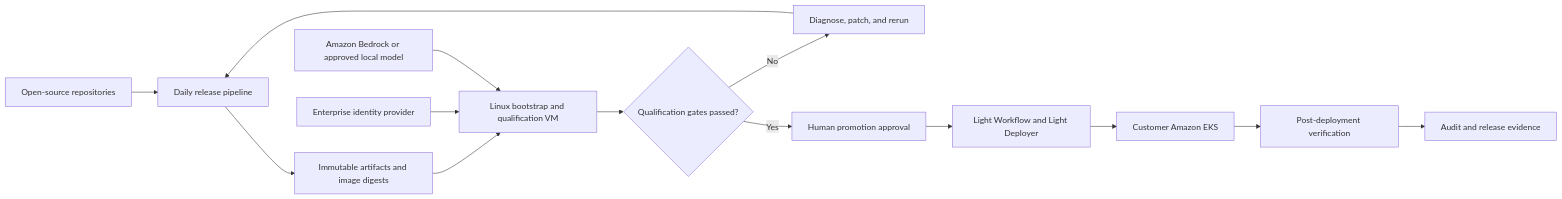
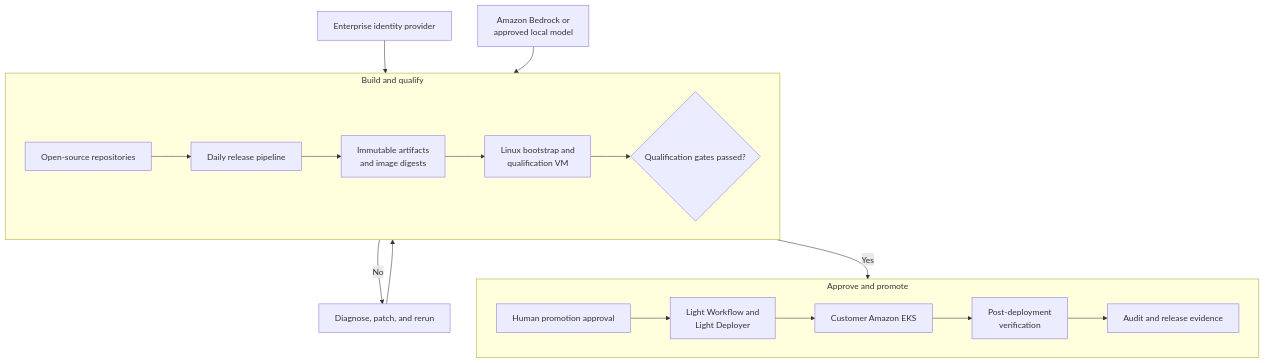
The first of 8 diagrams in src/design/enterprise-ai-assisted-bootstrap-eks.md (lightapi/light-portal-doc), drawn with Mermaid before and after one commit. The commit also changed other lines of this file and 2 other files, not shown here.

````diff
--- a/src/design/enterprise-ai-assisted-bootstrap-eks.md
+++ b/src/design/enterprise-ai-assisted-bootstrap-eks.md
@@ -26,16 +30,26 @@
 ```mermaid
-flowchart LR
-    OSS[Open-source repositories] --> REL[Daily release pipeline]
-    REL --> ART[Immutable artifacts and image digests]
-    ART --> VM[Linux bootstrap and qualification VM]
+flowchart TB
+    subgraph QUALIFY[Build and qualify]
+        direction LR
+        OSS[Open-source repositories] --> REL[Daily release pipeline]
+        REL --> ART[Immutable artifacts<br/>and image digests]
+        ART --> VM[Linux bootstrap and<br/>qualification VM]
+        VM --> GATE{Qualification gates passed?}
+    end
+
     IDP[Enterprise identity provider] --> VM
-    MODEL[Amazon Bedrock or approved local model] --> VM
-    VM --> GATE{Qualification gates passed?}
+    MODEL[Amazon Bedrock or<br/>approved local model] --> VM
     GATE -- No --> FIX[Diagnose, patch, and rerun]
     FIX --> REL
-    GATE -- Yes --> APPROVE[Human promotion approval]
-    APPROVE --> DEPLOY[Light Workflow and Light Deployer]
-    DEPLOY --> EKS[Customer Amazon EKS]
-    EKS --> VERIFY[Post-deployment verification]
-    VERIFY --> EVIDENCE[Audit and release evidence]
+
+    subgraph PROMOTE[Approve and promote]
+        direction LR
+        APPROVE[Human promotion approval]
+        APPROVE --> DEPLOY[Light Workflow and<br/>Light Deployer]
+        DEPLOY --> EKS[Customer Amazon EKS]
+        EKS --> VERIFY[Post-deployment<br/>verification]
+        VERIFY --> EVIDENCE[Audit and release evidence]
+    end
+
+    GATE -- Yes --> APPROVE
 ```
````
